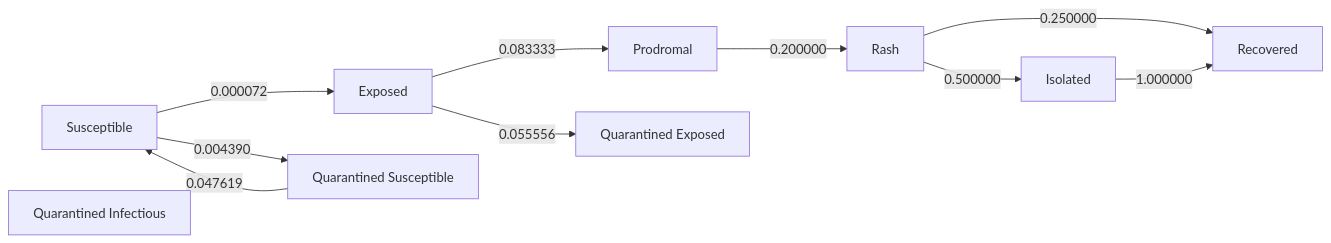
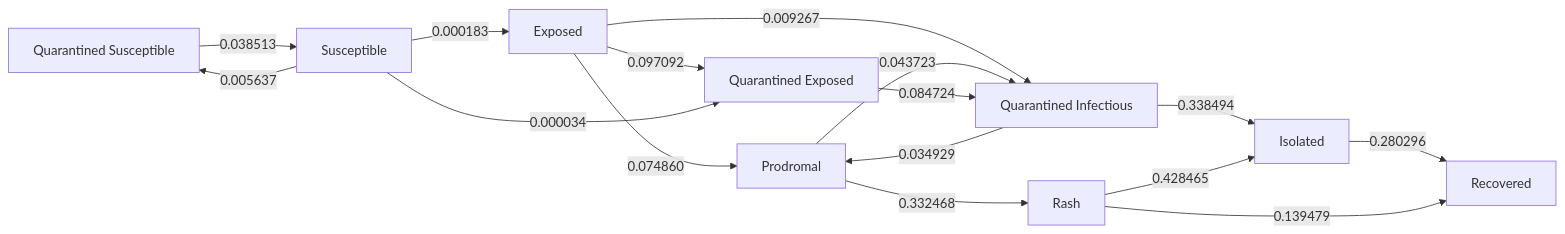
Before and after one commit to EpiForeSITE/epiworld-measles: the diagram in school_quarantine/canyon_crest_74_npi.md, drawn with Mermaid. The commit also changed other lines of this file and 10 other files, not shown here.

Commit message:
New version of epiworld: draws diagrams f(all simulations)

````diff
--- a/school_quarantine/canyon_crest_74_npi.md
+++ b/school_quarantine/canyon_crest_74_npi.md
@@ -138,22 +138,28 @@
 ``` mermaid
 flowchart LR
-    s0[Susceptible]
-    s1[Exposed]
+    s0[Exposed]
+    s1[Isolated]
     s2[Prodromal]
-    s3[Rash]
-    s4[Isolated]
-    s5[Quarantined Exposed]
-    s6[Quarantined Susceptible]
-    s7[Quarantined Infectious]
-    s8[Recovered]
-    s0 -->|0.000072| s1
-    s0 -->|0.004390| s6
-    s1 -->|0.083333| s2
-    s1 -->|0.055556| s5
-    s2 -->|0.200000| s3
-    s3 -->|0.500000| s4
-    s3 -->|0.250000| s8
-    s4 -->|1.000000| s8
-    s6 -->|0.047619| s0
+    s3[Quarantined Exposed]
+    s4[Quarantined Infectious]
+    s5[Quarantined Susceptible]
+    s6[Rash]
+    s7[Recovered]
+    s8[Susceptible]
+    s0 -->|0.074860| s2
+    s0 -->|0.097092| s3
+    s0 -->|0.009267| s4
+    s1 -->|0.280296| s7
+    s2 -->|0.043723| s4
+    s2 -->|0.332468| s6
+    s3 -->|0.084724| s4
+    s4 -->|0.338494| s1
+    s4 -->|0.034929| s2
+    s5 -->|0.038513| s8
+    s6 -->|0.428465| s1
+    s6 -->|0.139479| s7
+    s8 -->|0.000183| s0
+    s8 -->|0.000034| s3
+    s8 -->|0.005637| s5
 
 ```
````
